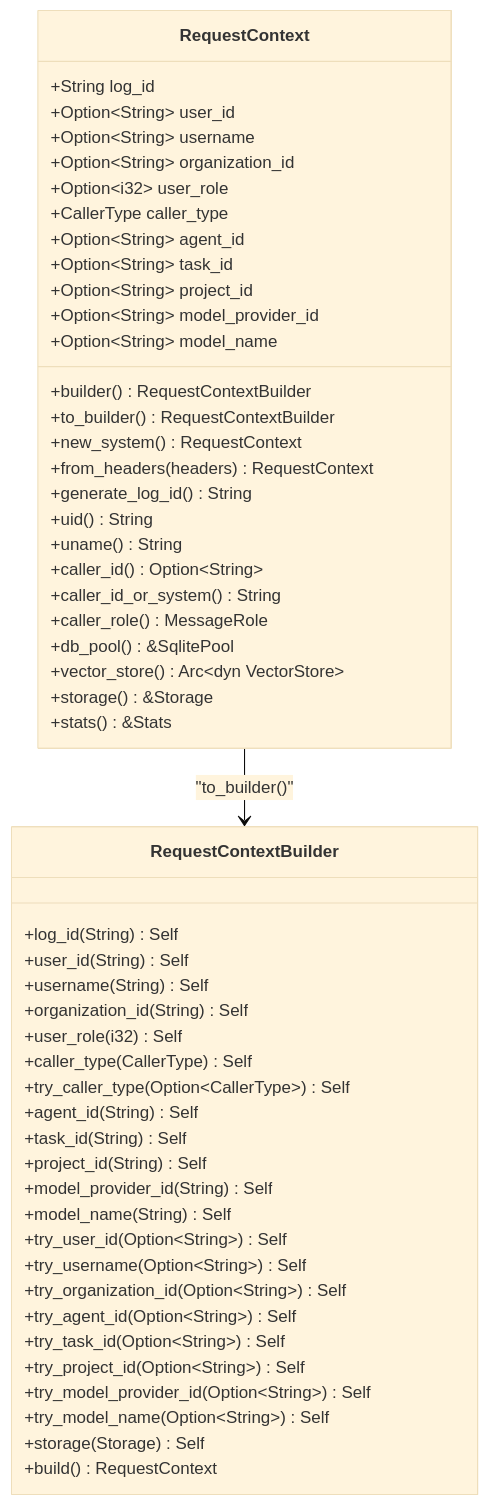
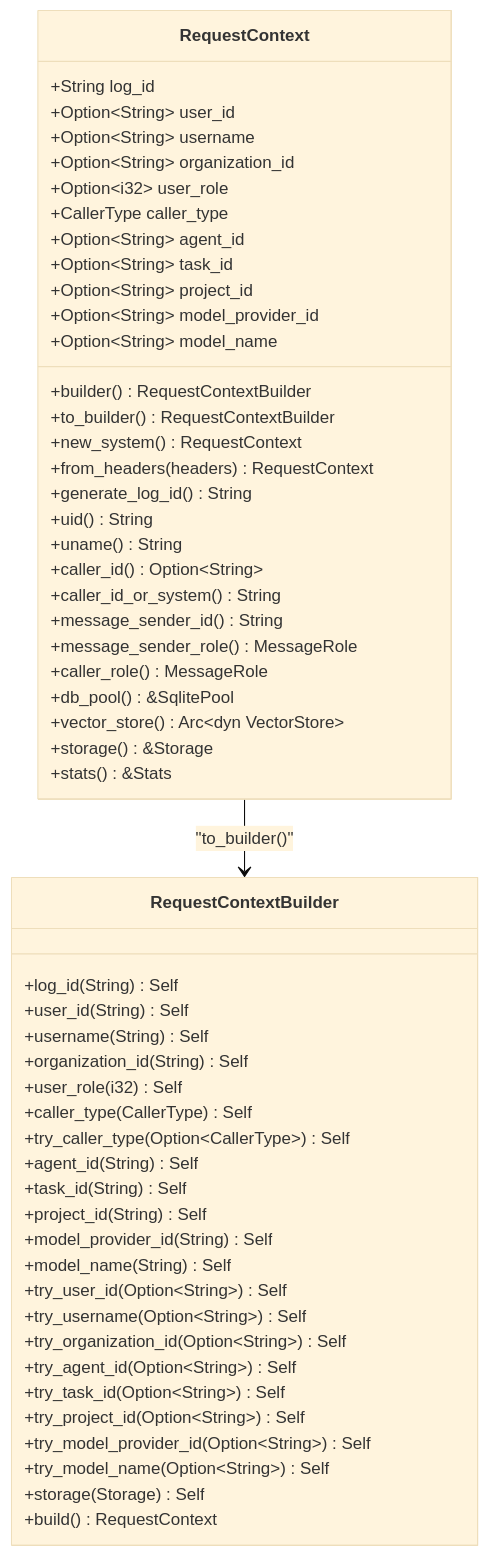
Before and after one commit to runningcoders/ai_orz: the third of 6 diagrams in docs/wiki/zh/content/基础设施/请求上下文.md, drawn with Mermaid (base theme). The commit also changed other lines of this file and 11 other files, not shown here.

````diff
--- a/docs/wiki/zh/content/基础设施/请求上下文.md
+++ b/docs/wiki/zh/content/基础设施/请求上下文.md
@@ -139,55 +139,57 @@
 ```mermaid
 classDiagram
 class RequestContext {
 +String log_id
 +Option~String~ user_id
 +Option~String~ username
 +Option~String~ organization_id
 +Option~i32~ user_role
 +CallerType caller_type
 +Option~String~ agent_id
 +Option~String~ task_id
 +Option~String~ project_id
 +Option~String~ model_provider_id
 +Option~String~ model_name
 +builder() RequestContextBuilder
 +to_builder() RequestContextBuilder
 +new_system() RequestContext
 +from_headers(headers) RequestContext
 +generate_log_id() String
 +uid() String
 +uname() String
 +caller_id() Option~String~
 +caller_id_or_system() String
++message_sender_id() String
++message_sender_role() MessageRole
 +caller_role() MessageRole
 +db_pool() &SqlitePool
 +vector_store() Arc~dyn VectorStore~
 +storage() &Storage
 +stats() &Stats
 }
 class RequestContextBuilder {
 +log_id(String) Self
 +user_id(String) Self
 +username(String) Self
 +organization_id(String) Self
 +user_role(i32) Self
 +caller_type(CallerType) Self
 +try_caller_type(Option~CallerType~) Self
 +agent_id(String) Self
 +task_id(String) Self
 +project_id(String) Self
 +model_provider_id(String) Self
 +model_name(String) Self
 +try_user_id(Option~String~) Self
 +try_username(Option~String~) Self
 +try_organization_id(Option~String~) Self
 +try_agent_id(Option~String~) Self
 +try_task_id(Option~String~) Self
 +try_project_id(Option~String~) Self
 +try_model_provider_id(Option~String~) Self
 +try_model_name(Option~String~) Self
 +storage(Storage) Self
 +build() RequestContext
 }
 RequestContext --> RequestContextBuilder : "to_builder()"
 ```
````
